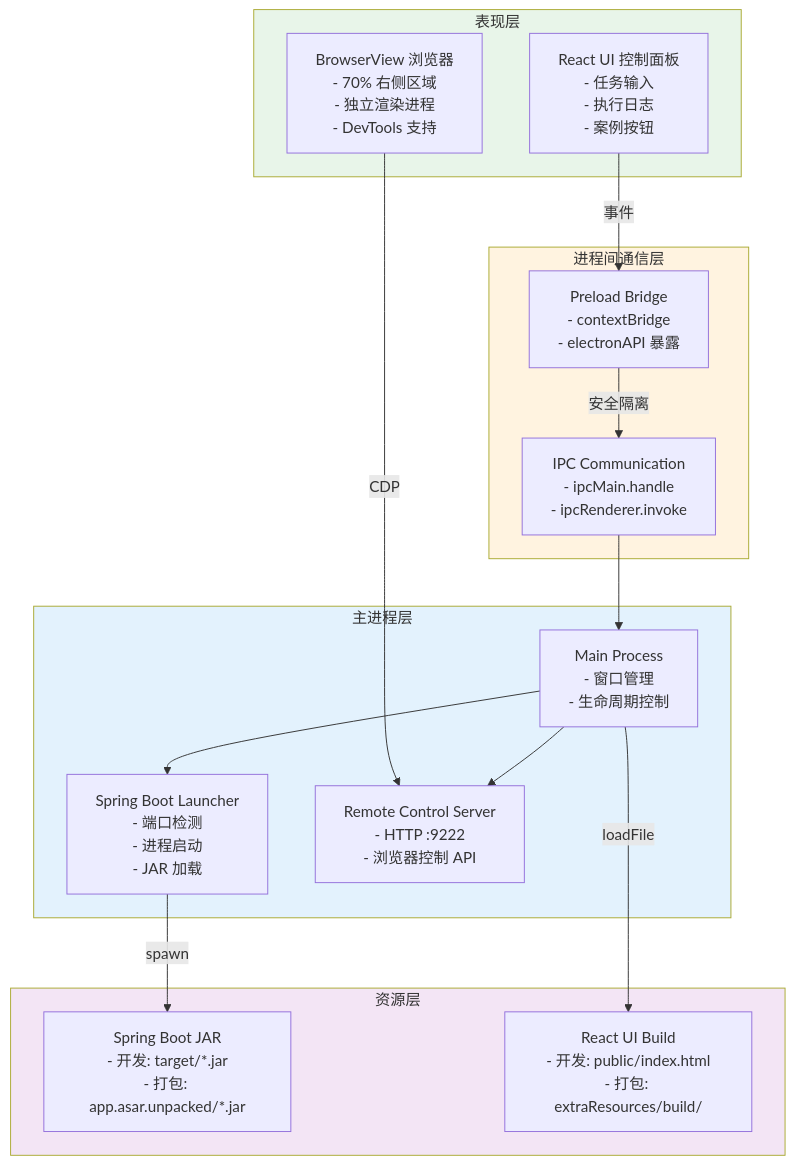
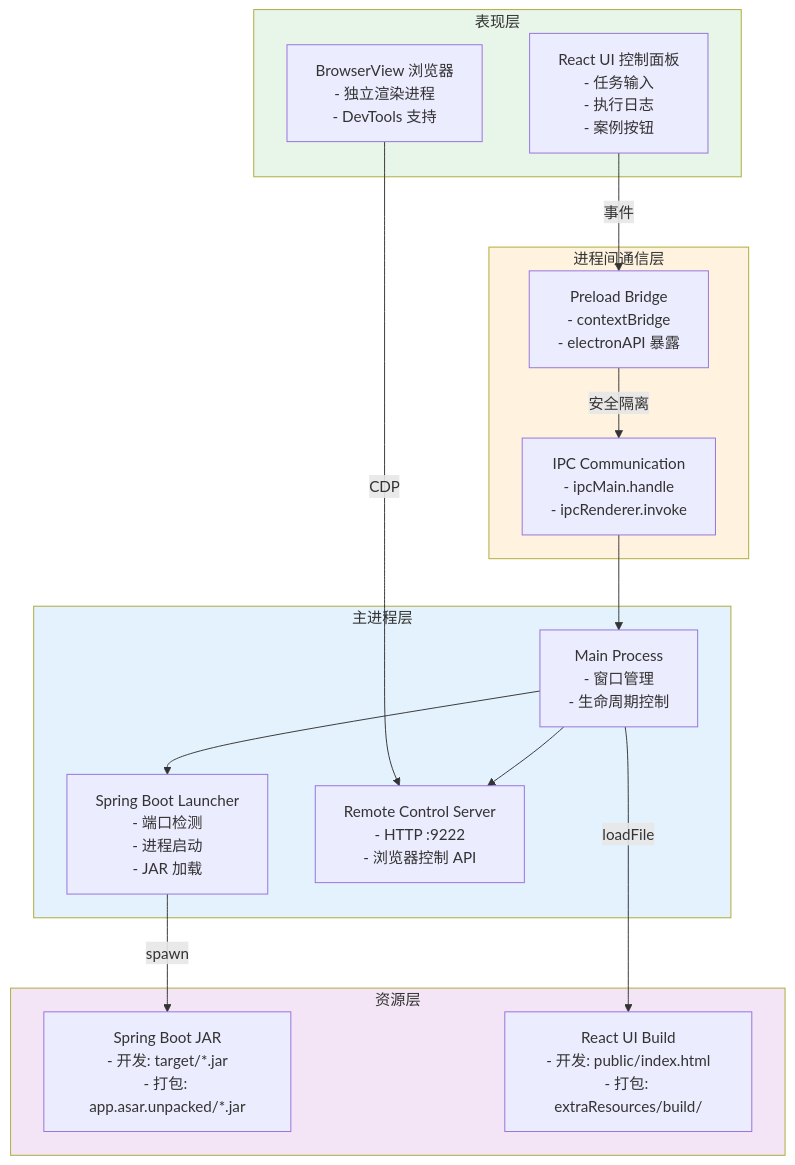
Before and after one commit to 1018053166/ReActAgentDemo: the second of 4 diagrams in README.md, drawn with Mermaid. The commit also changed other lines of this file and 3 other files, not shown here.

````diff
--- a/README.md
+++ b/README.md
@@ -53,37 +48,37 @@
 ```mermaid
 graph TD
     subgraph 表现层
         UI[React UI 控制面板<br/>- 任务输入<br/>- 执行日志<br/>- 案例按钮]
-        BrowserView[BrowserView 浏览器<br/>- 70% 右侧区域<br/>- 独立渲染进程<br/>- DevTools 支持]
+        BrowserView[BrowserView 浏览器<br/>- 独立渲染进程<br/>- DevTools 支持]
     end
     
     subgraph 进程间通信层
         IPC[IPC Communication<br/>- ipcMain.handle<br/>- ipcRenderer.invoke]
         Preload[Preload Bridge<br/>- contextBridge<br/>- electronAPI 暴露]
     end
     
     subgraph 主进程层
         Main[Main Process<br/>- 窗口管理<br/>- 生命周期控制]
         SpringBoot[Spring Boot Launcher<br/>- 端口检测<br/>- 进程启动<br/>- JAR 加载]
         RemoteServer[Remote Control Server<br/>- HTTP :9222<br/>- 浏览器控制 API]
     end
     
     subgraph 资源层
         JAR[Spring Boot JAR<br/>- 开发: target/*.jar<br/>- 打包: app.asar.unpacked/*.jar]
         HTML[React UI Build<br/>- 开发: public/index.html<br/>- 打包: extraResources/build/]
     end
     
     UI -->|事件| Preload
     BrowserView -->|CDP| RemoteServer
     Preload -->|安全隔离| IPC
     IPC --> Main
     Main --> SpringBoot
     Main --> RemoteServer
     SpringBoot -->|spawn| JAR
     Main -->|loadFile| HTML
     
     style 表现层 fill:#e8f5e9
     style 进程间通信层 fill:#fff3e0
     style 主进程层 fill:#e3f2fd
     style 资源层 fill:#f3e5f5
 ```
````
